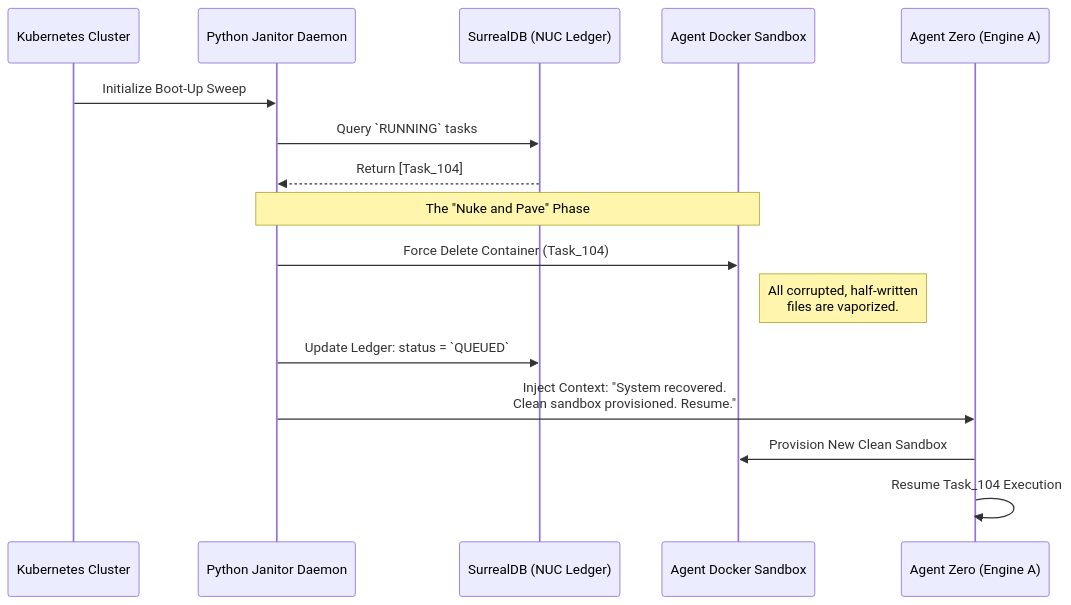
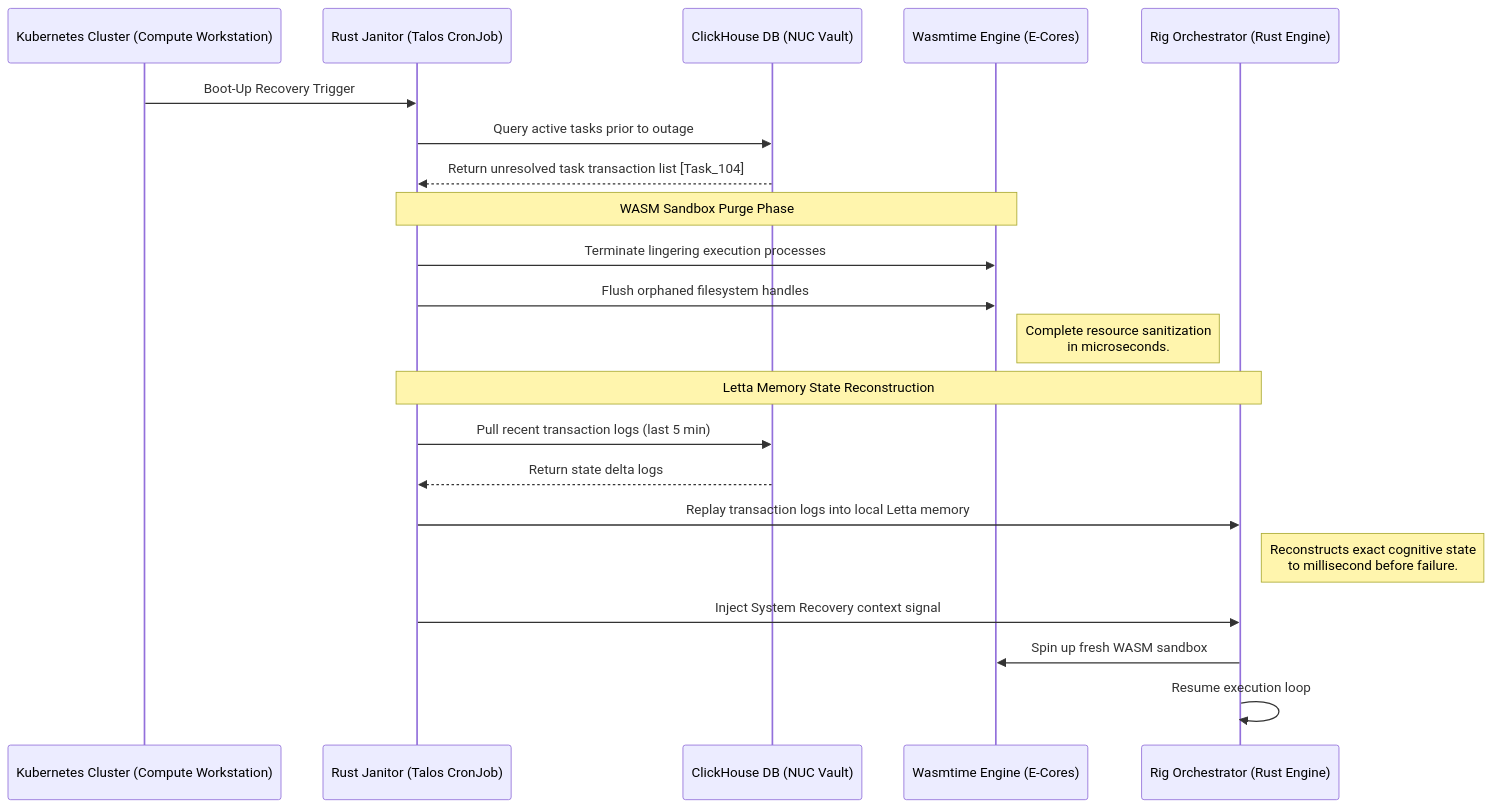
Before and after one commit to foersben/janus-synapse-edge: the diagram in docs/11. Disaster Recovery & Automated Healing.md, drawn with Mermaid. The commit also changed other lines of this file and 12 other files, not shown here.

````diff
--- a/docs/11. Disaster Recovery & Automated Healing.md
+++ b/docs/11. Disaster Recovery & Automated Healing.md
@@ -33,22 +33,27 @@
 ```mermaid
 sequenceDiagram
-    participant K8s as Kubernetes Cluster
-    participant Janitor as Python Janitor Daemon
-    participant DB as SurrealDB (NUC Ledger)
-    participant Sandbox as Agent Docker Sandbox
-    participant Agent as Agent Zero (Engine A)
+    participant K8s as Kubernetes Cluster (Compute Workstation)
+    participant Janitor as Rust Janitor (Talos CronJob)
+    participant ClickHouse as ClickHouse DB (NUC Vault)
+    participant Wasmtime as Wasmtime Engine (E-Cores)
+    participant Rig as Rig Orchestrator (Rust Engine)
 
-    K8s->>Janitor: Initialize Boot-Up Sweep
-    Janitor->>DB: Query `RUNNING` tasks
-    DB-->>Janitor: Return [Task_104]
+    K8s->>Janitor: Boot-Up Recovery Trigger
+    Janitor->>ClickHouse: Query active tasks prior to outage
+    ClickHouse-->>Janitor: Return unresolved task transaction list [Task_104]
 
-    Note over Janitor,Sandbox: The "Nuke and Pave" Phase
-    Janitor->>Sandbox: Force Delete Container (Task_104)
-    Note right of Sandbox: All corrupted, half-written<br/>files are vaporized.
+    Note over Janitor,Wasmtime: WASM Sandbox Purge Phase
+    Janitor->>Wasmtime: Terminate lingering execution processes
+    Janitor->>Wasmtime: Flush orphaned filesystem handles
+    Note right of Wasmtime: Complete resource sanitization<br/>in microseconds.
 
-    Janitor->>DB: Update Ledger: status = `QUEUED`
-    Janitor->>Agent: Inject Context: "System recovered.<br/>Clean sandbox provisioned. Resume."
+    Note over Janitor,Rig: Letta Memory State Reconstruction
+    Janitor->>ClickHouse: Pull recent transaction logs (last 5 min)
+    ClickHouse-->>Janitor: Return state delta logs
+    Janitor->>Rig: Replay transaction logs into local Letta memory
+    Note right of Rig: Reconstructs exact cognitive state<br/>to millisecond before failure.
 
-    Agent->>Sandbox: Provision New Clean Sandbox
-    Agent->>Agent: Resume Task_104 Execution
+    Janitor->>Rig: Inject System Recovery context signal
+    Rig->>Wasmtime: Spin up fresh WASM sandbox
+    Rig->>Rig: Resume execution loop
 ```
````
